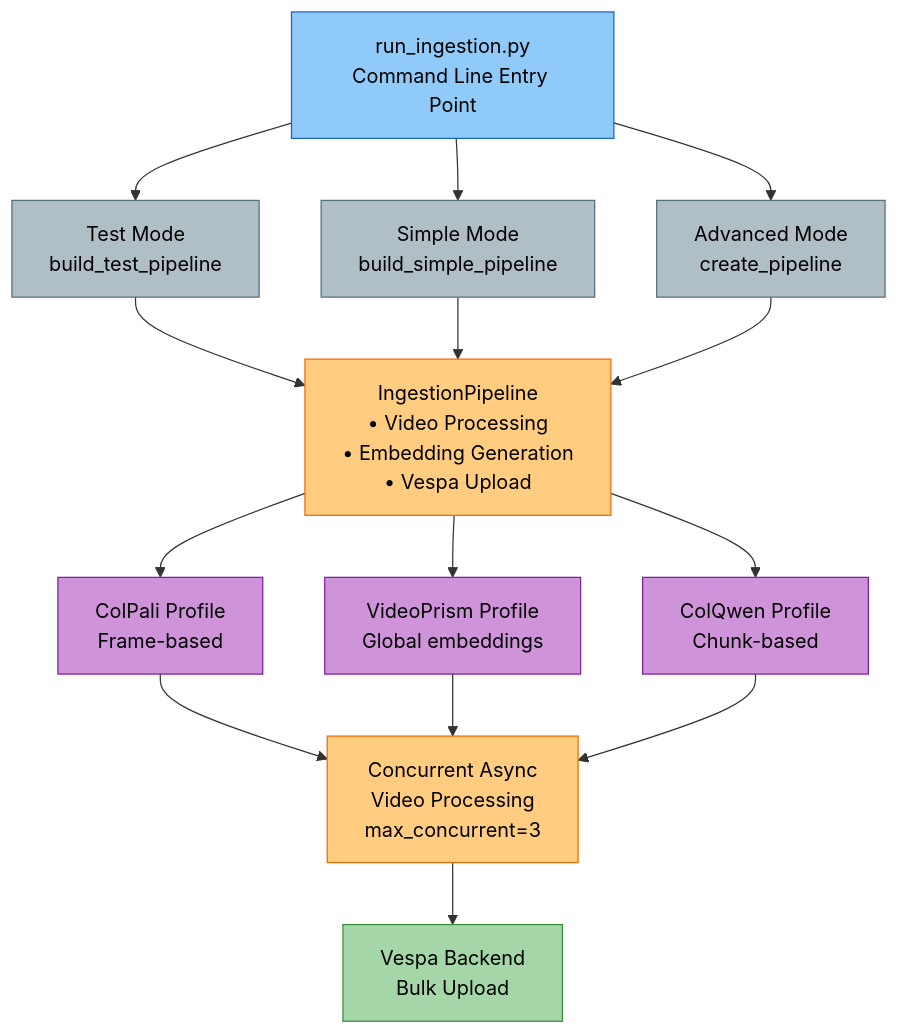
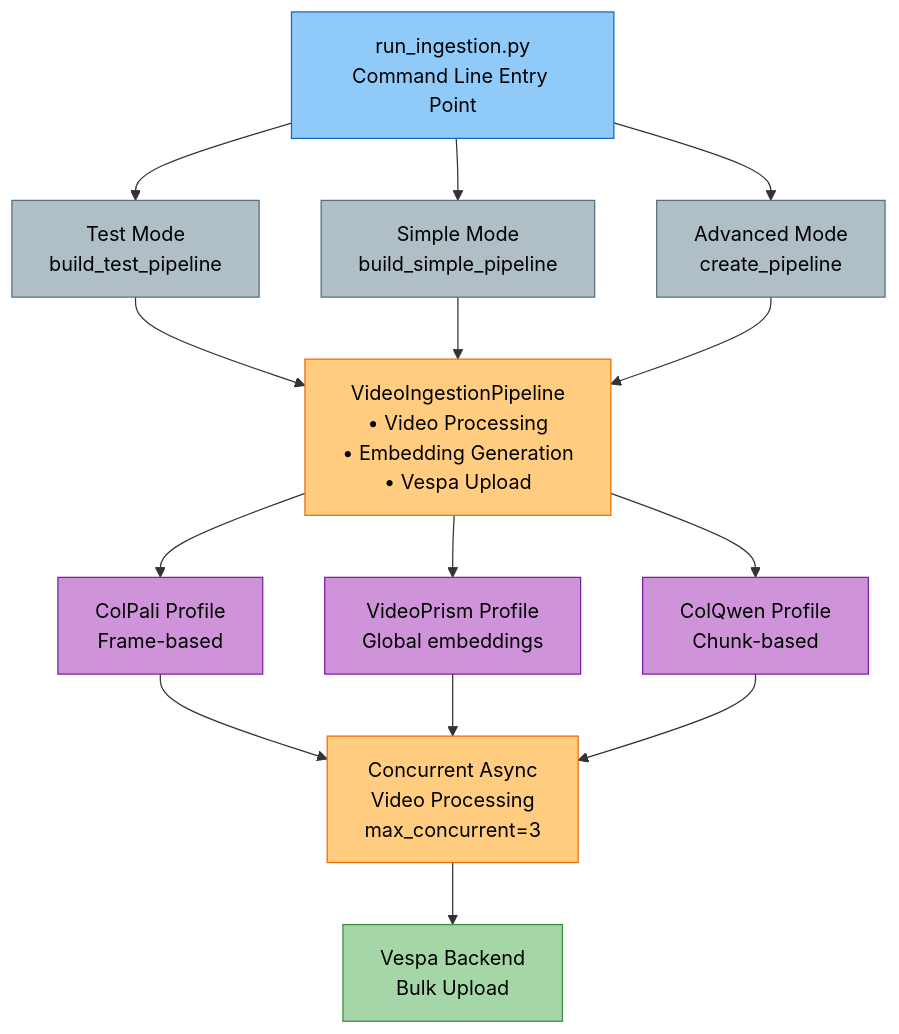
Before and after one commit to amit-jain/cogniverse: the first of 8 diagrams in docs/development/scripts-operations.md, drawn with Mermaid. The commit also changed other lines of this file and 50 other files, not shown here.

First line of the commit message:
Complete and verify docs against code with mermaid palette

````diff
--- a/docs/development/scripts-operations.md
+++ b/docs/development/scripts-operations.md
@@ -103,47 +123,47 @@
 ```mermaid
 flowchart TB
     Entry["<span style='color:#000'>run_ingestion.py<br/>Command Line Entry Point</span>"]
 
     TestMode["<span style='color:#000'>Test Mode<br/>build_test_pipeline</span>"]
     SimpleMode["<span style='color:#000'>Simple Mode<br/>build_simple_pipeline</span>"]
     AdvMode["<span style='color:#000'>Advanced Mode<br/>create_pipeline</span>"]
 
-    Pipeline["<span style='color:#000'>IngestionPipeline<br/>• Video Processing<br/>• Embedding Generation<br/>• Vespa Upload</span>"]
+    Pipeline["<span style='color:#000'>VideoIngestionPipeline<br/>• Video Processing<br/>• Embedding Generation<br/>• Vespa Upload</span>"]
 
     ColPali["<span style='color:#000'>ColPali Profile<br/>Frame-based</span>"]
     VideoPrism["<span style='color:#000'>VideoPrism Profile<br/>Global embeddings</span>"]
     ColQwen["<span style='color:#000'>ColQwen Profile<br/>Chunk-based</span>"]
 
     Concurrent["<span style='color:#000'>Concurrent Async<br/>Video Processing<br/>max_concurrent=3</span>"]
 
     Vespa["<span style='color:#000'>Vespa Backend<br/>Bulk Upload</span>"]
 
     Entry --> TestMode
     Entry --> SimpleMode
     Entry --> AdvMode
 
     TestMode --> Pipeline
     SimpleMode --> Pipeline
     AdvMode --> Pipeline
 
     Pipeline --> ColPali
     Pipeline --> VideoPrism
     Pipeline --> ColQwen
 
     ColPali --> Concurrent
     VideoPrism --> Concurrent
     ColQwen --> Concurrent
 
     Concurrent --> Vespa
 
     style Entry fill:#90caf9,stroke:#1565c0,color:#000
     style TestMode fill:#b0bec5,stroke:#546e7a,color:#000
     style SimpleMode fill:#b0bec5,stroke:#546e7a,color:#000
     style AdvMode fill:#b0bec5,stroke:#546e7a,color:#000
     style Pipeline fill:#ffcc80,stroke:#ef6c00,color:#000
     style ColPali fill:#ce93d8,stroke:#7b1fa2,color:#000
     style VideoPrism fill:#ce93d8,stroke:#7b1fa2,color:#000
     style ColQwen fill:#ce93d8,stroke:#7b1fa2,color:#000
     style Concurrent fill:#ffcc80,stroke:#ef6c00,color:#000
     style Vespa fill:#a5d6a7,stroke:#388e3c,color:#000
 ```
````
